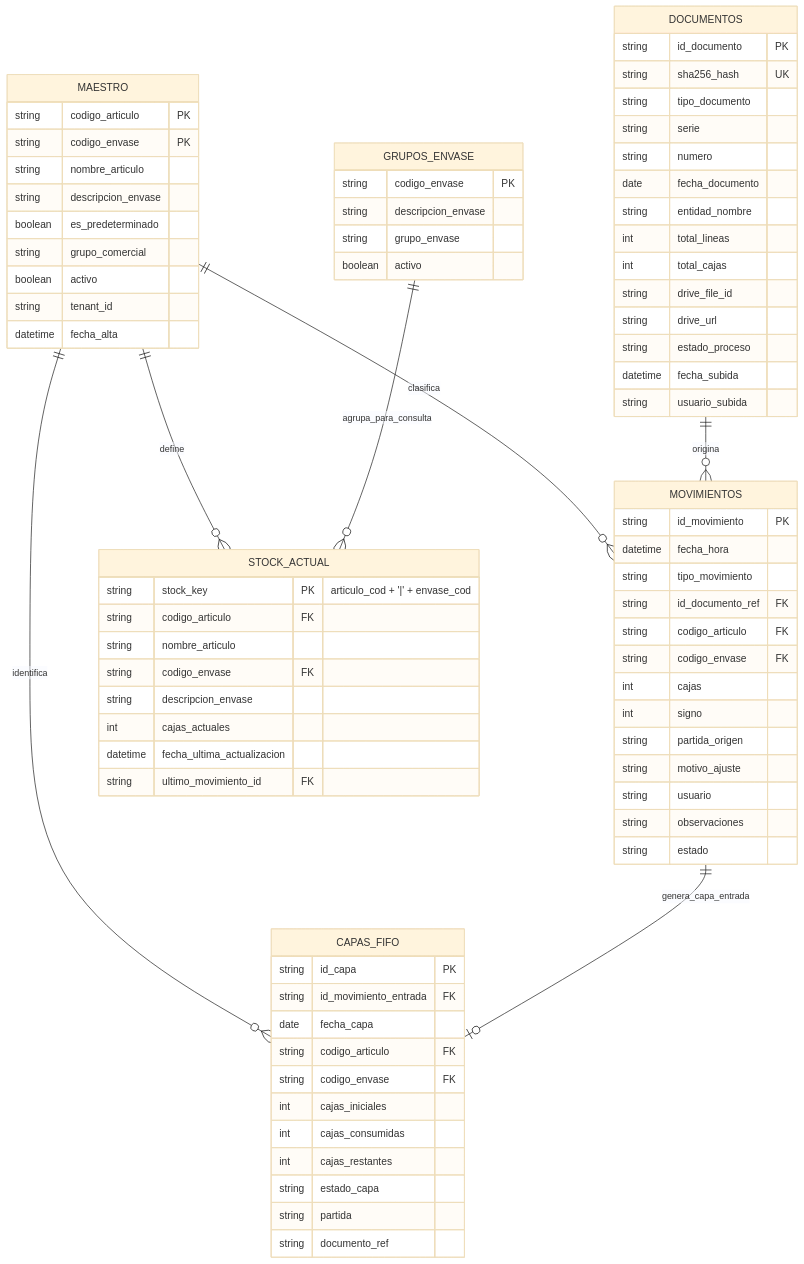
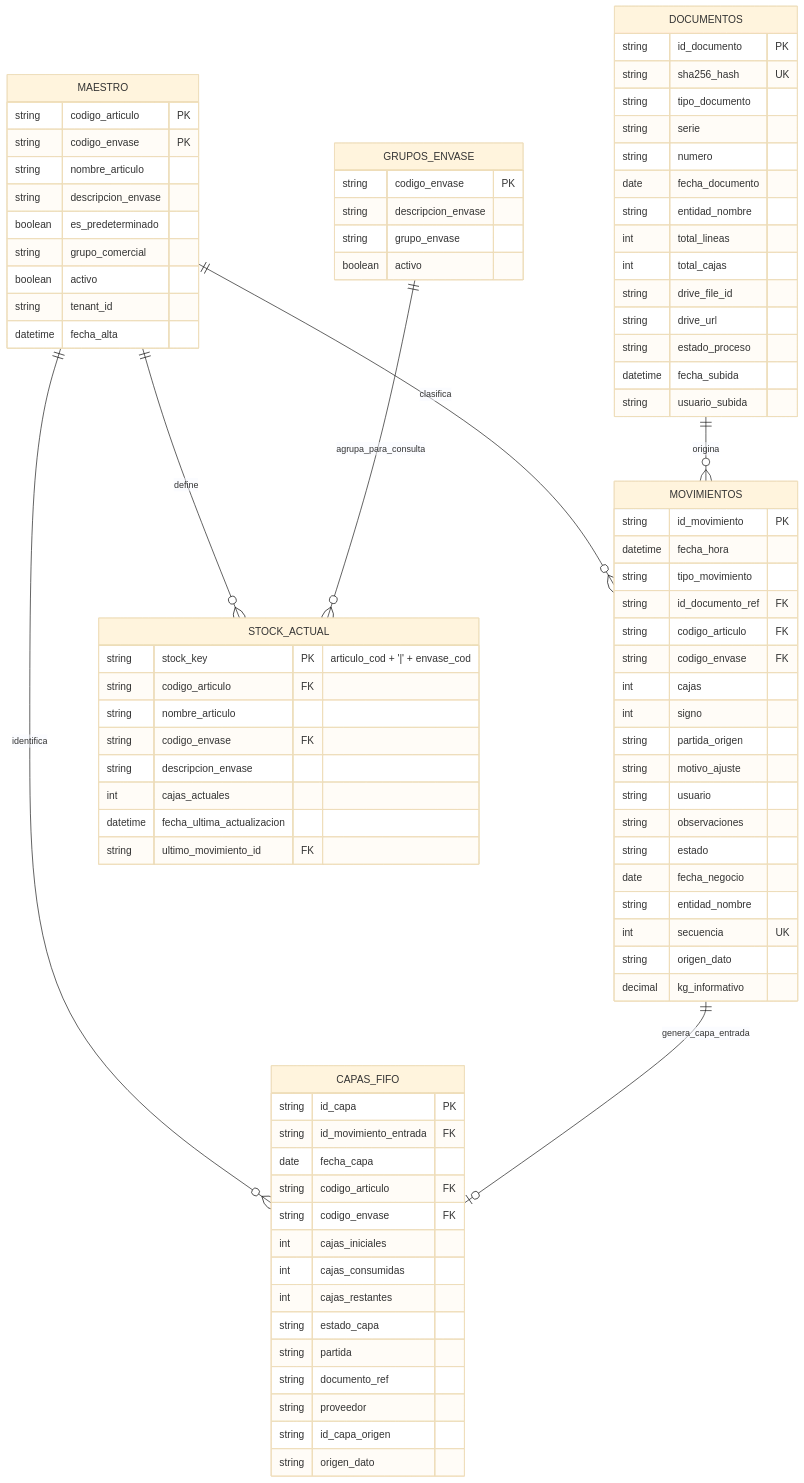
Before and after one commit to johannmartlo/STOCK-LIGHT: the diagram in DATA_MODEL.md, drawn with Mermaid (base theme). The commit also changed other lines of this file and 9 other files, not shown here.

Commit message:
feat(carril-a): fecha de negocio, secuencia y trazabilidad en movimientos y capas (T-002)

```diff
--- a/DATA_MODEL.md
+++ b/DATA_MODEL.md
@@ -73,6 +73,11 @@
         string usuario
         string observaciones
         string estado
+        date fecha_negocio
+        string entidad_nombre
+        int secuencia UK
+        string origen_dato
+        decimal kg_informativo
     }
 
     CAPAS_FIFO {
@@ -87,6 +92,9 @@
         string estado_capa
         string partida
         string documento_ref
+        string proveedor
+        string id_capa_origen
+        string origen_dato
     }
 
     STOCK_ACTUAL {
```
